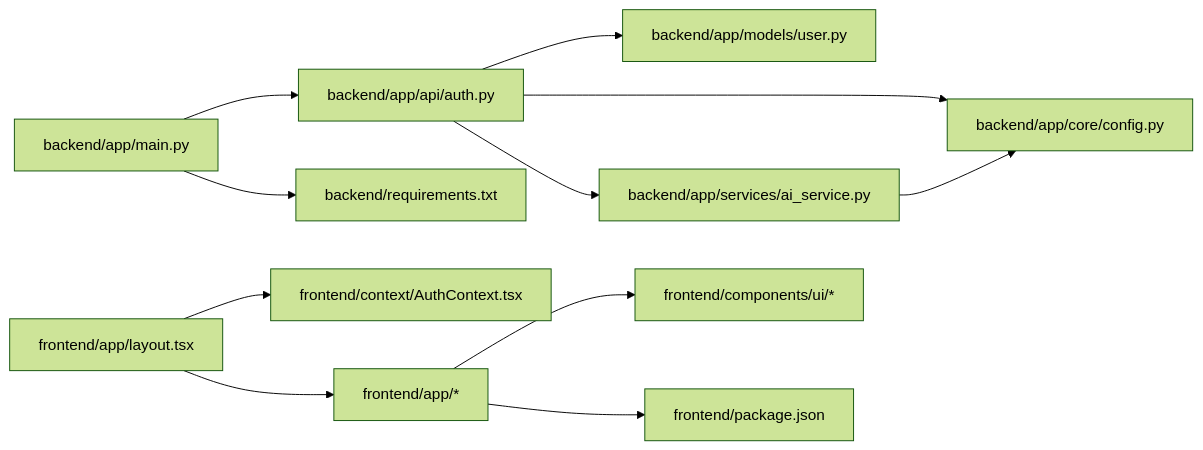
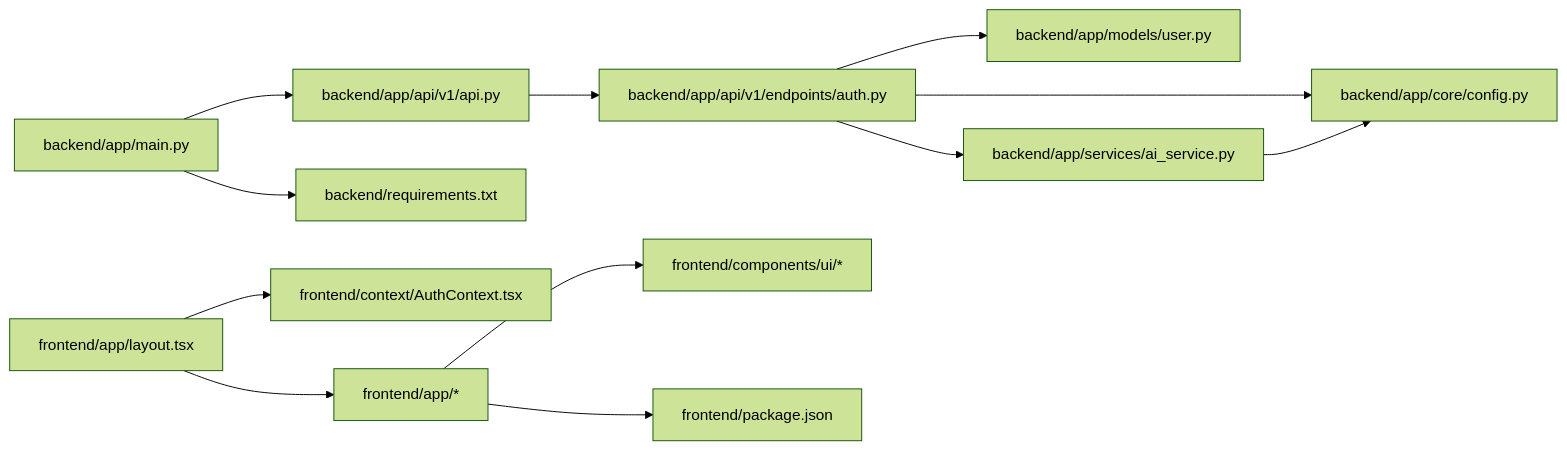
One commit to breeze-lyf/ai-stock-advisor changed the third of 3 diagrams in .qoder/repowiki/zh/content/项目概述/项目结构.md. Above: the diagram before and after it, drawn with Mermaid (forest theme). The commit also changed other lines of this file and 43 other files, not shown here.

````diff
--- a/.qoder/repowiki/zh/content/项目概述/项目结构.md
+++ b/.qoder/repowiki/zh/content/项目概述/项目结构.md
@@ -241,13 +268,14 @@
 ```mermaid
 graph LR
-M["backend/app/main.py"] --> A1["backend/app/api/auth.py"]
-A1 --> U["backend/app/models/user.py"]
-A1 --> C["backend/app/core/config.py"]
-A1 --> S["backend/app/services/ai_service.py"]
+M["backend/app/main.py"] --> A1["backend/app/api/v1/api.py"]
+A1 --> E1["backend/app/api/v1/endpoints/auth.py"]
+E1 --> U["backend/app/models/user.py"]
+E1 --> C["backend/app/core/config.py"]
+E1 --> S["backend/app/services/ai_service.py"]
 S --> C
 M --> R["backend/requirements.txt"]
 FL["frontend/app/layout.tsx"] --> FC["frontend/context/AuthContext.tsx"]
 FL --> FP["frontend/app/*"]
 FP --> UI["frontend/components/ui/*"]
 FP --> R2["frontend/package.json"]
 ```
````
